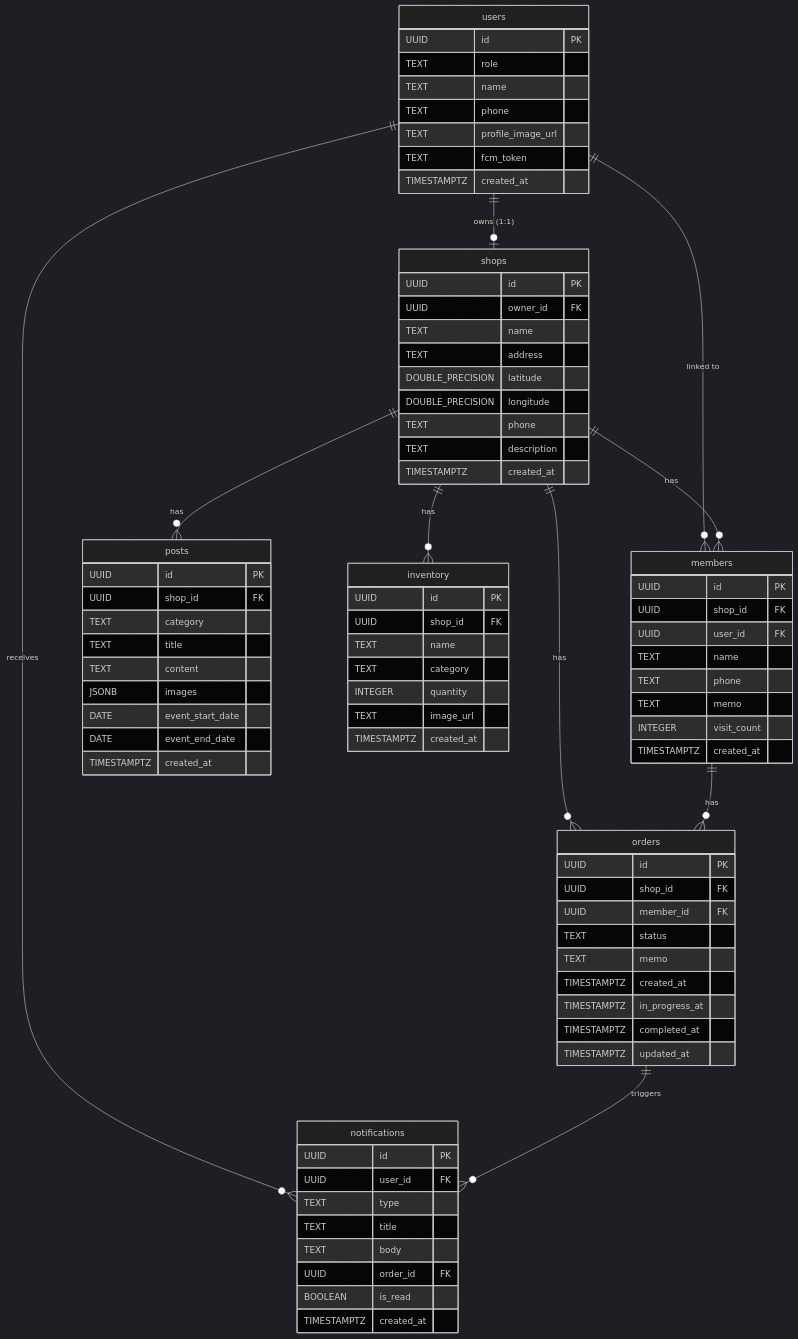
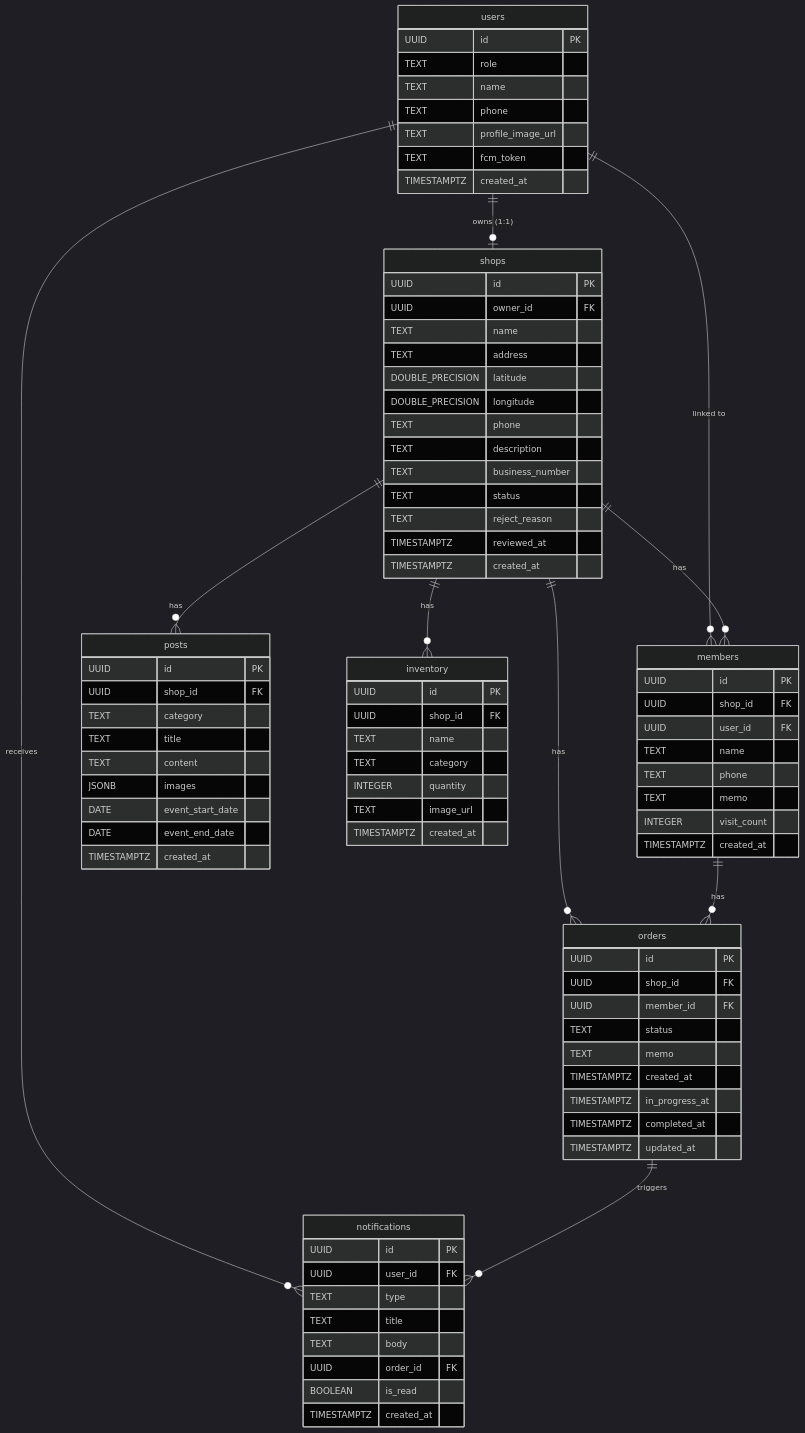
One commit to Pakkoc/badminton_app changed the diagram in docs/database.md. Above: the diagram before and after it, drawn with Mermaid (dark theme). The commit also changed other lines of this file and 9 other files, not shown here.

First line of the commit message:
docs: 샵 등록 승인 플로우 SOT 문서 동기화

```diff
--- a/docs/database.md
+++ b/docs/database.md
@@ -186,6 +193,10 @@
         DOUBLE_PRECISION longitude
         TEXT phone
         TEXT description
+        TEXT business_number
+        TEXT status
+        TEXT reject_reason
+        TIMESTAMPTZ reviewed_at
         TIMESTAMPTZ created_at
     }
 
```
